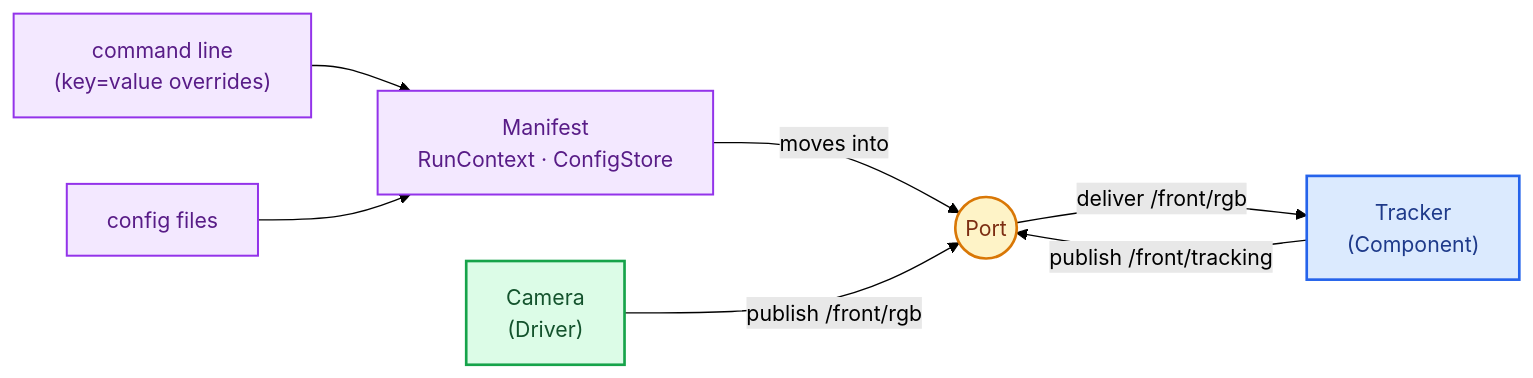
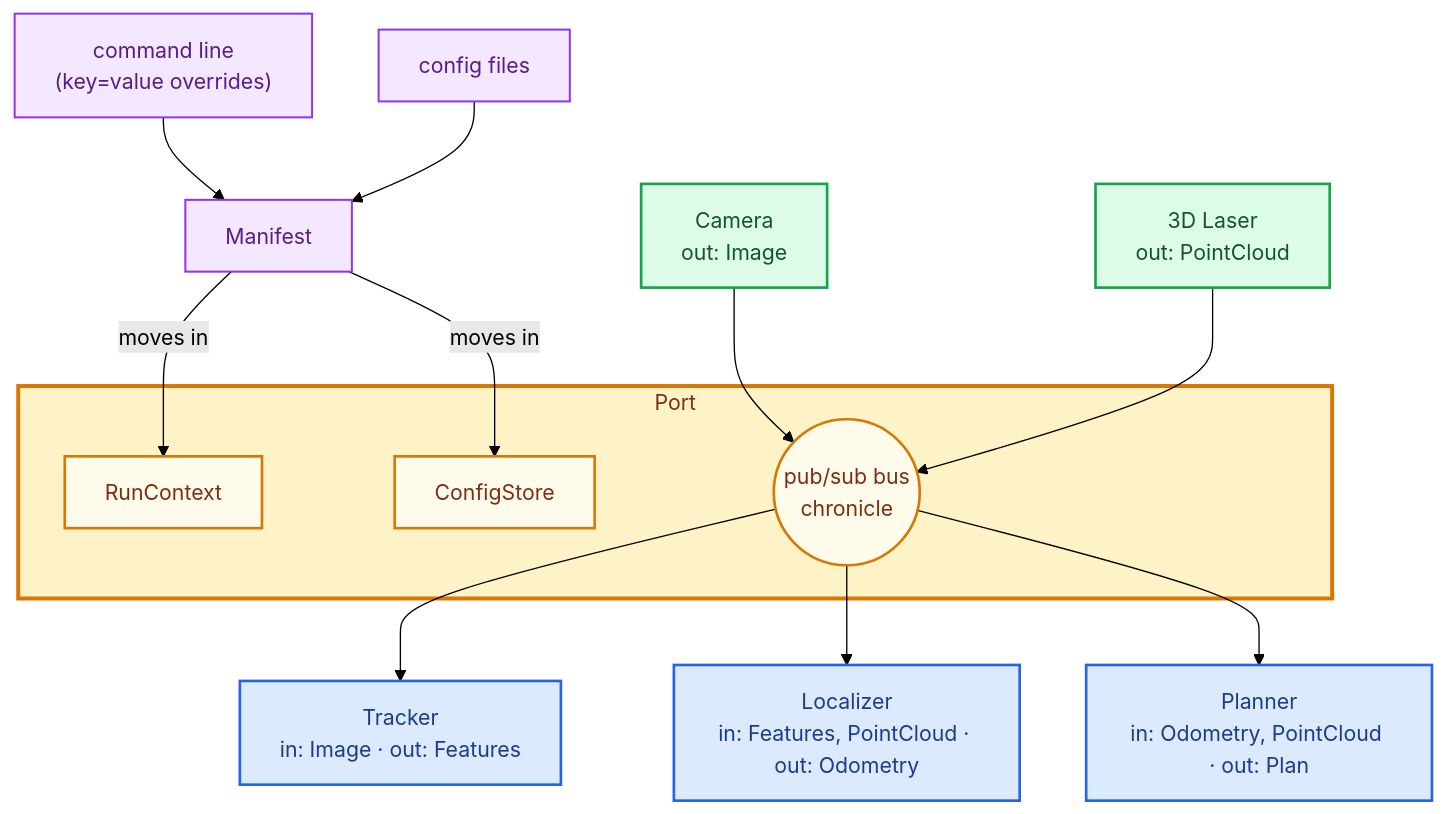
Before and after one commit to ajakhotia/nioc: the first of 2 diagrams in README.md, drawn with Mermaid (forest theme). The commit also changed other lines of this file, not shown here.

Commit message:
docs(readme): improve readme

````diff
--- a/README.md
+++ b/README.md
@@ -203,24 +203,41 @@
 ```mermaid
-flowchart LR
-  classDef port      fill:#fef3c7,stroke:#d97706,stroke-width:2px,color:#7c2d12;
+flowchart TB
+  classDef input     fill:#f3e8ff,stroke:#9333ea,stroke-width:1.5px,color:#581c87;
   classDef driver    fill:#dcfce7,stroke:#16a34a,stroke-width:2px,color:#14532d;
   classDef component fill:#dbeafe,stroke:#2563eb,stroke-width:2px,color:#1e3a8a;
-  classDef input     fill:#f3e8ff,stroke:#9333ea,stroke-width:1.5px,color:#581c87;
+  classDef dock      fill:#fffbeb,stroke:#d97706,stroke-width:2px,color:#7c2d12;
+  classDef anchor    fill:transparent,stroke:transparent,color:transparent;
 
   CLI["command line<br/>(key=value overrides)"]:::input
   FILES["config files"]:::input
-  MANIFEST["Manifest<br/>RunContext · ConfigStore"]:::input
+  CAM["Camera<br/>out: Image"]:::driver
+  LASER["3D Laser<br/>out: PointCloud"]:::driver
 
-  PORT(("Port")):::port
+  MANIFEST["Manifest"]:::input
 
-  CAM["Camera<br/>(Driver)"]:::driver
-  TRK["Tracker<br/>(Component)"]:::component
+  subgraph PORT["Port"]
+    RC["RunContext"]:::dock
+    CS["ConfigStore"]:::dock
+    BUS(("pub/sub bus<br/>chronicle")):::dock
+  end
+  style PORT fill:#fef3c7,stroke:#d97706,stroke-width:3px,color:#7c2d12
+
+  a1(( )):::anchor
+
+  TRK["Tracker<br/>in: Image · out: Features"]:::component
+  LOC["Localizer<br/>in: Features, PointCloud · out: Odometry"]:::component
+  PLN["Planner<br/>in: Odometry, PointCloud · out: Plan"]:::component
 
   CLI --> MANIFEST
   FILES --> MANIFEST
-  MANIFEST -- "moves into" --> PORT
+  MANIFEST -- "moves in" --> RC
+  MANIFEST -- "moves in" --> CS
 
-  CAM -- "publish /front/rgb" --> PORT
-  PORT -- "deliver /front/rgb" --> TRK
-  TRK -- "publish /front/tracking" --> PORT
+  CAM --> BUS
+  LASER --> BUS
+
+  PORT ~~~ a1
+  BUS --> TRK
+  BUS --> LOC
+  BUS --> PLN
 ```
````
